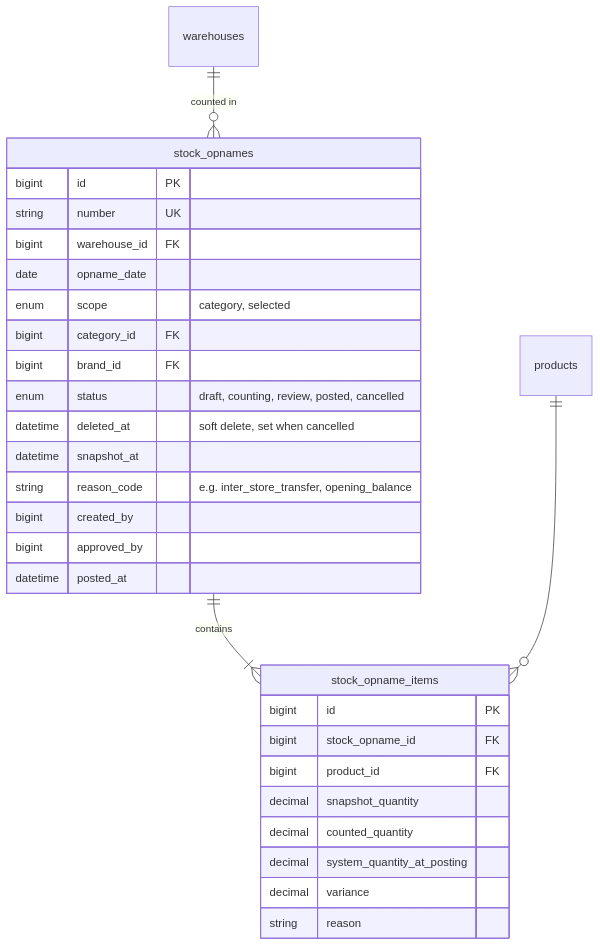
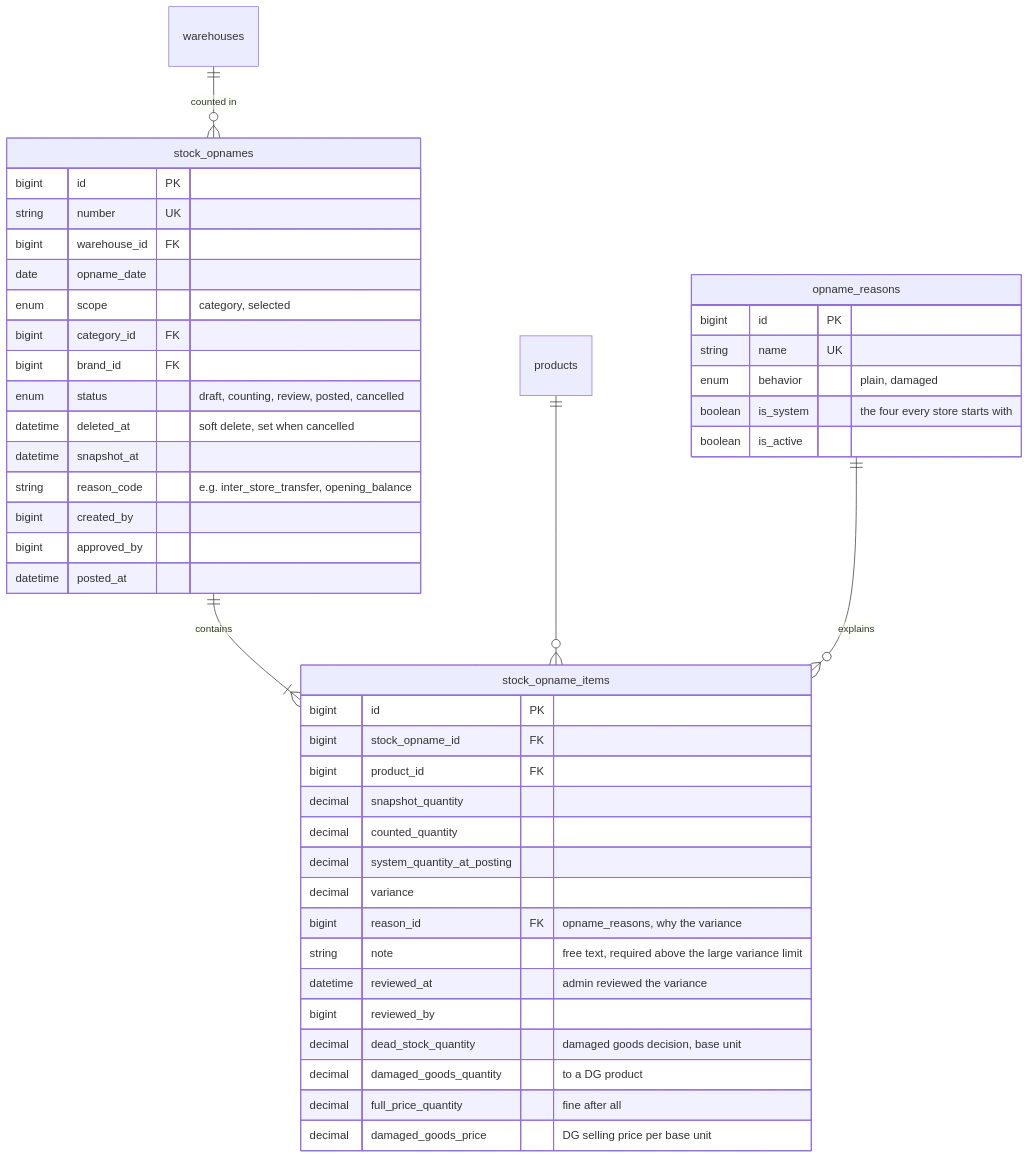
One commit to aliefpraditya/store-management changed diagram 25 of 30 in docs/analisis-sistem.md. Above: the diagram before and after it, drawn with Mermaid. The commit also changed other lines of this file and 51 other files, not shown here.

````diff
--- a/docs/analisis-sistem.md
+++ b/docs/analisis-sistem.md
@@ -1189,33 +1191,48 @@
 ```mermaid
 erDiagram
     warehouses ||--o{ stock_opnames : "counted in"
     stock_opnames ||--|{ stock_opname_items : "contains"
     products ||--o{ stock_opname_items : ""
 
     stock_opnames {
         bigint id PK
         string number UK
         bigint warehouse_id FK
         date opname_date
         enum scope "category, selected"
         bigint category_id FK
         bigint brand_id FK
         enum status "draft, counting, review, posted, cancelled"
         datetime deleted_at "soft delete, set when cancelled"
         datetime snapshot_at
         string reason_code "e.g. inter_store_transfer, opening_balance"
         bigint created_by
         bigint approved_by
         datetime posted_at
     }
     stock_opname_items {
         bigint id PK
         bigint stock_opname_id FK
         bigint product_id FK
         decimal snapshot_quantity
         decimal counted_quantity
         decimal system_quantity_at_posting
         decimal variance
-        string reason
+        bigint reason_id FK "opname_reasons, why the variance"
+        string note "free text, required above the large variance limit"
+        datetime reviewed_at "admin reviewed the variance"
+        bigint reviewed_by
+        decimal dead_stock_quantity "damaged goods decision, base unit"
+        decimal damaged_goods_quantity "to a DG product"
+        decimal full_price_quantity "fine after all"
+        decimal damaged_goods_price "DG selling price per base unit"
     }
+    opname_reasons {
+        bigint id PK
+        string name UK
+        enum behavior "plain, damaged"
+        boolean is_system "the four every store starts with"
+        boolean is_active
+    }
+    opname_reasons ||--o{ stock_opname_items : "explains"
 ```
````
